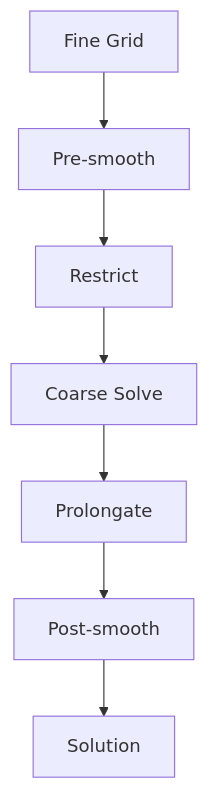
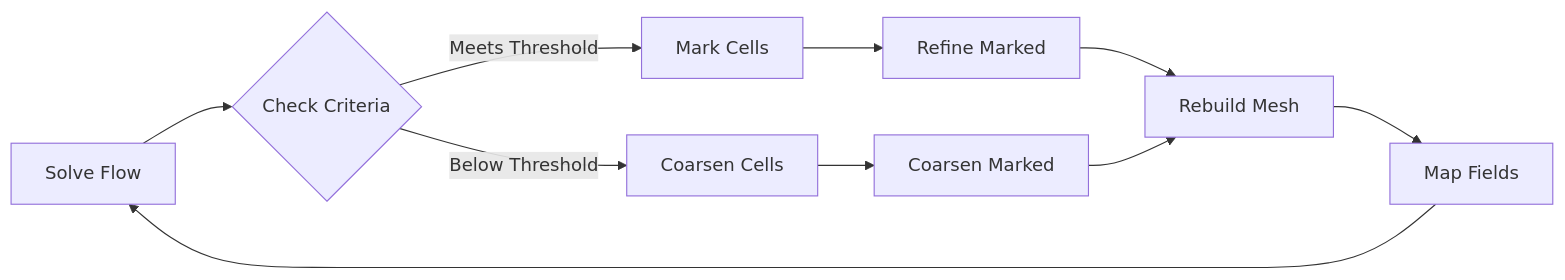
The first of 2 diagrams in MODULE_03_SINGLE_PHASE_FLOW/CONTENT/07_ADVANCED_TOPICS/03_Numerical_Methods.md (wramet/build-my-cfd), drawn with Mermaid before and after one commit. The commit also changed other lines of this file and 54 other files, not shown here.

````diff
--- a/MODULE_03_SINGLE_PHASE_FLOW/CONTENT/07_ADVANCED_TOPICS/03_Numerical_Methods.md
+++ b/MODULE_03_SINGLE_PHASE_FLOW/CONTENT/07_ADVANCED_TOPICS/03_Numerical_Methods.md
@@ -108,9 +70,12 @@
 ```mermaid
-flowchart TD
-    A[Fine Grid] --> B[Pre-smooth]
-    B --> C[Restrict]
-    C --> D[Coarse Solve]
-    D --> E[Prolongate]
-    E --> F[Post-smooth]
-    F --> G[Solution]
+flowchart LR
+    A[Solve Flow] --> B{Check Criteria}
+    B -->|Meets Threshold| C[Mark Cells]
+    B -->|Below Threshold| D[Coarsen Cells]
+    C --> E[Refine Marked]
+    D --> F[Coarsen Marked]
+    E --> G[Rebuild Mesh]
+    F --> G
+    G --> H[Map Fields]
+    H --> A
 ```
````
